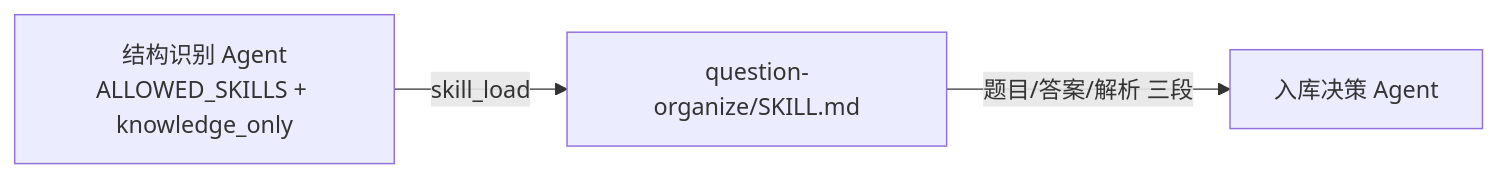
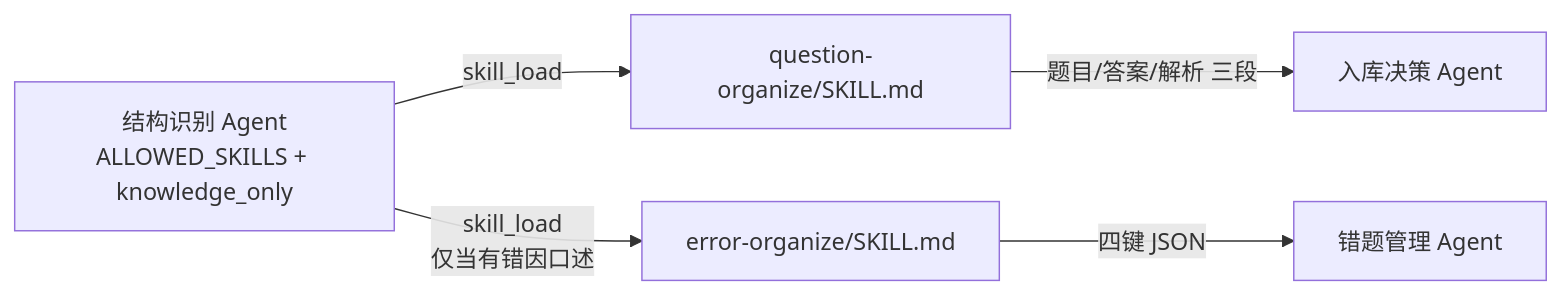
Before and after one commit to ttzc/gaokao_rag: the diagram in docs/agent/skills/README.md, drawn with Mermaid. The commit also changed other lines of this file and 12 other files, not shown here.

First line of the commit message:
docs(errors): 错题本设计定稿——新增错题管理 Agent + 错因整理 Skill，errors 表精简

````diff
--- a/docs/agent/skills/README.md
+++ b/docs/agent/skills/README.md
@@ -51,5 +52,7 @@
 ```mermaid
 flowchart LR
     S[结构识别 Agent<br/>ALLOWED_SKILLS + knowledge_only] -->|skill_load| Q[question-organize/SKILL.md]
+    S -->|skill_load<br/>仅当有错因口述| E[error-organize/SKILL.md]
     Q -->|题目/答案/解析 三段| D[入库决策 Agent]
+    E -->|四键 JSON| M[错题管理 Agent]
 ```
````
